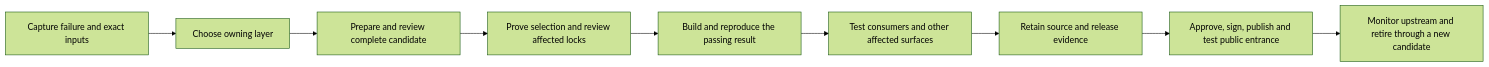
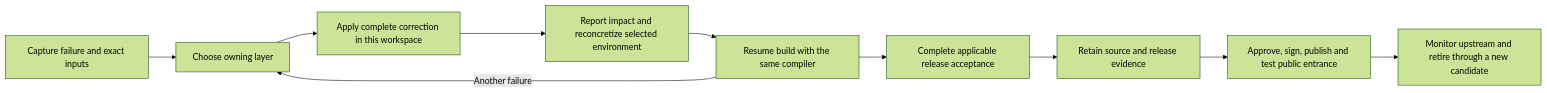
The diagram in docs/package_overlay_operating_model_v1.md (ray12514/stack-planning), drawn with Mermaid (forest theme) before and after one commit. The commit also changed other lines of this file and 6 other files, not shown here.

````diff
--- a/docs/package_overlay_operating_model_v1.md
+++ b/docs/package_overlay_operating_model_v1.md
@@ -173,11 +204,12 @@
 ```mermaid
 flowchart LR
   A[Capture failure and exact inputs] --> B[Choose owning layer]
-  B --> C[Prepare and review complete candidate]
-  C --> D[Prove selection and review affected locks]
-  D --> E[Build and reproduce the passing result]
-  E --> F[Test consumers and other affected surfaces]
+  B --> C[Apply complete correction in this workspace]
+  C --> D[Report impact and reconcretize selected environment]
+  D --> E[Resume build with the same compiler]
+  E -->|Another failure| B
+  E --> F[Complete applicable release acceptance]
   F --> G[Retain source and release evidence]
   G --> H[Approve, sign, publish and test public entrance]
   H --> I[Monitor upstream and retire through a new candidate]
 ```
````
